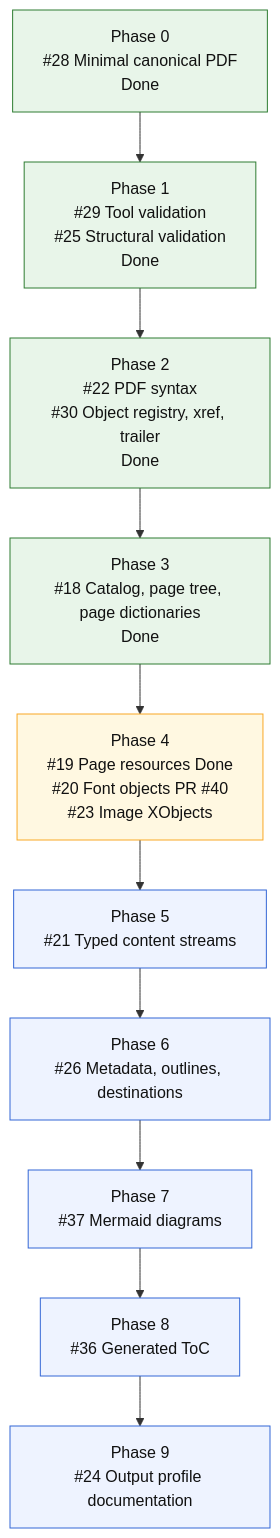
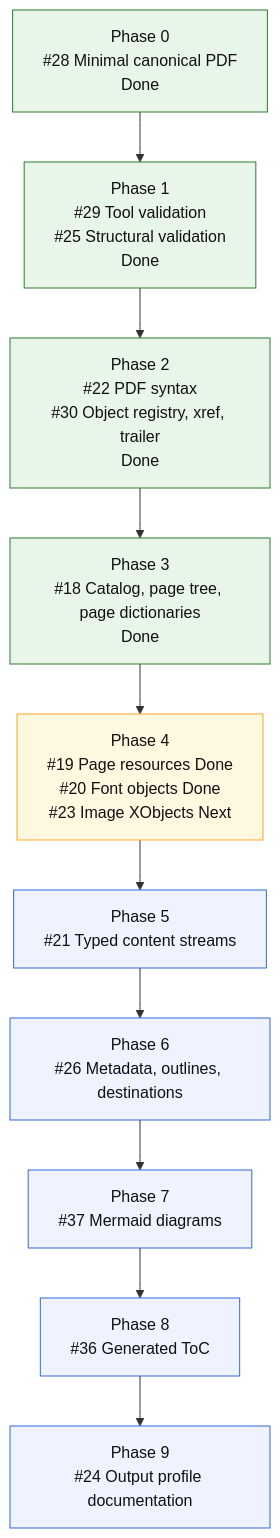
Before and after one commit to mihaelamj/MarkdownPDF: the diagram in README.md, drawn with Mermaid.

Commit message:
docs: mark font objects done

````diff
--- a/README.md
+++ b/README.md
@@ -126,22 +126,22 @@
 ```mermaid
 flowchart TD
     P0["Phase 0<br/>#28 Minimal canonical PDF<br/>Done"]
     P1["Phase 1<br/>#29 Tool validation<br/>#25 Structural validation<br/>Done"]
     P2["Phase 2<br/>#22 PDF syntax<br/>#30 Object registry, xref, trailer<br/>Done"]
     P3["Phase 3<br/>#18 Catalog, page tree, page dictionaries<br/>Done"]
-    P4["Phase 4<br/>#19 Page resources Done<br/>#20 Font objects PR #40<br/>#23 Image XObjects"]
+    P4["Phase 4<br/>#19 Page resources Done<br/>#20 Font objects Done<br/>#23 Image XObjects Next"]
     P5["Phase 5<br/>#21 Typed content streams"]
     P6["Phase 6<br/>#26 Metadata, outlines, destinations"]
     P7["Phase 7<br/>#37 Mermaid diagrams"]
     P8["Phase 8<br/>#36 Generated ToC"]
     P9["Phase 9<br/>#24 Output profile documentation"]
 
     P0 --> P1 --> P2 --> P3 --> P4 --> P5 --> P6 --> P7 --> P8 --> P9
 
     classDef done fill:#e8f5e9,stroke:#2e7d32,color:#111;
     classDef next fill:#fff8e1,stroke:#f9a825,color:#111;
     classDef todo fill:#eef3ff,stroke:#3367d6,color:#111;
     class P0,P1,P2,P3 done;
     class P4 next;
     class P5,P6,P7,P8,P9 todo;
 ```
````
